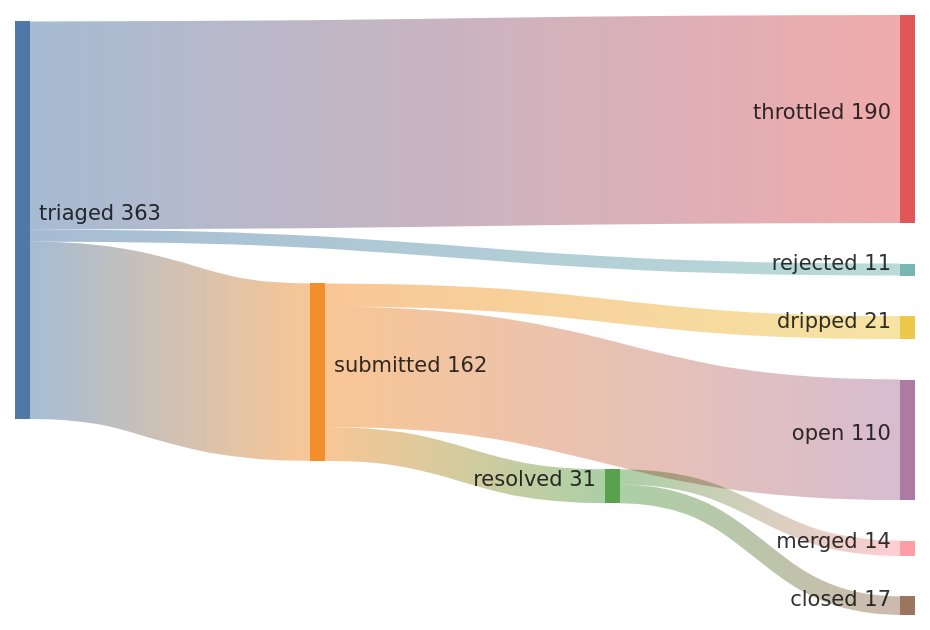
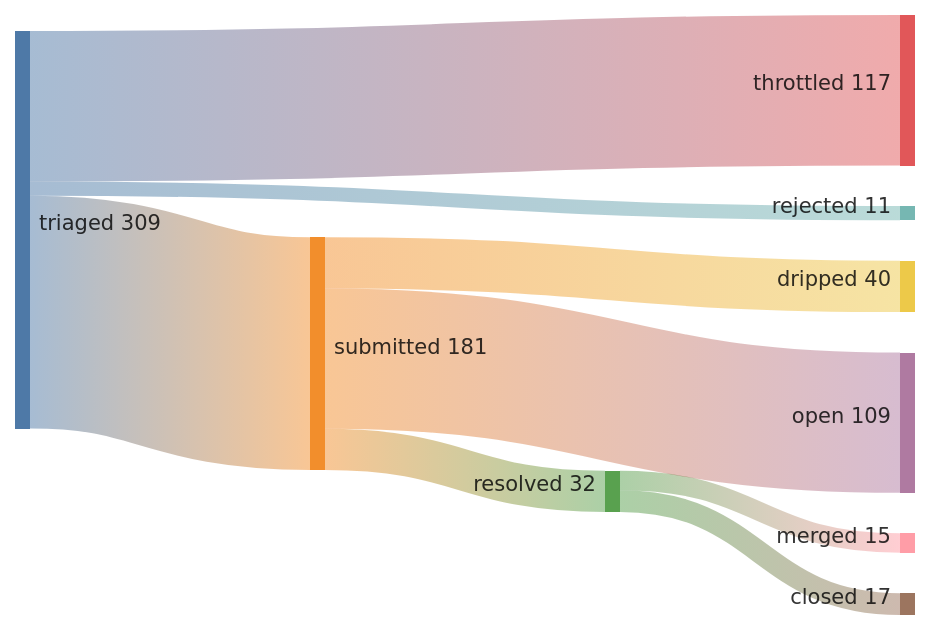
The diagram in README.md (kimjune01/kimjune01), drawn with Mermaid before and after one commit. The commit also changed other lines of this file, not shown here.

Commit message:
stats: 15/32 = 46% (03:22 UTC)

````diff
--- a/README.md
+++ b/README.md
@@ -3,11 +3,11 @@
 ```mermaid
 sankey-beta
-    triaged,    submitted, 162
-    triaged,    throttled, 190
+    triaged,    submitted, 181
+    triaged,    throttled, 117
     triaged,    rejected,  11
-    submitted,  resolved,  31
-    submitted,  dripped,   21
-    submitted,  open,      110
-    resolved,   merged,    14
+    submitted,  resolved,  32
+    submitted,  dripped,   40
+    submitted,  open,      109
+    resolved,   merged,    15
     resolved,   closed,    17
 ```
````
